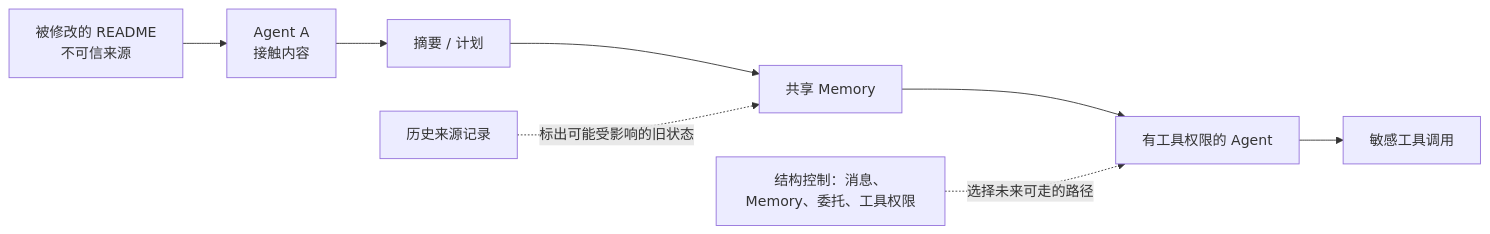
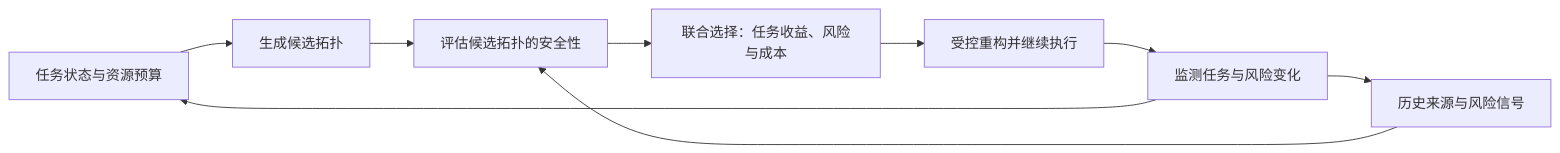
Before and after one commit to ruihanzhu5-cyber/SecurityAdaptiveMAS: the diagram in README.md, drawn with Mermaid. The commit also changed other lines of this file, not shown here.

````diff
--- a/README.md
+++ b/README.md
@@ -58,10 +80,11 @@
 ```mermaid
 flowchart LR
-    R["被修改的 README<br/>不可信来源"] --> A["Agent A<br/>接触内容"]
-    A --> S["摘要 / 计划"]
-    S --> M["共享 Memory"]
-    M --> E["有工具权限的 Agent"]
-    E --> T["敏感工具调用"]
-    C["结构控制：消息、Memory、委托、工具权限"] -. "选择未来可走的路径" .-> E
-    P["历史来源记录"] -. "标出可能受影响的旧状态" .-> M
+    T["任务状态与资源预算"] --> G["生成候选拓扑"]
+    H["历史来源与风险信号"] --> S["评估候选拓扑的安全性"]
+    G --> S
+    S --> J["联合选择：任务收益、风险与成本"]
+    J --> R["受控重构并继续执行"]
+    R --> M["监测任务与风险变化"]
+    M --> T
+    M --> H
 ```
````
